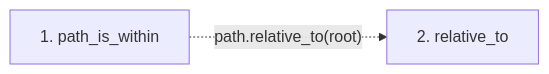
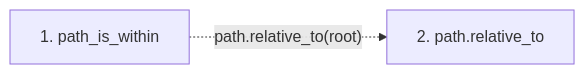
Before and after one commit to Denissvgn/python-wiki-llm: the second of 2 diagrams in docs/llm_wiki/flows/api-path_is_within.md, drawn with Mermaid. The commit also changed other lines of this file and 719 other files, not shown here.

````diff
--- a/docs/llm_wiki/flows/api-path_is_within.md
+++ b/docs/llm_wiki/flows/api-path_is_within.md
@@ -20,7 +20,7 @@
 ```mermaid
 flowchart LR
     s1["1. path_is_within"]
-    s2["2. relative_to"]
+    s2["2. path.relative_to"]
     s1 -. "path.relative_to(root)" .-> s2
     click s1 "../modules/validation.md"
 ```
````
